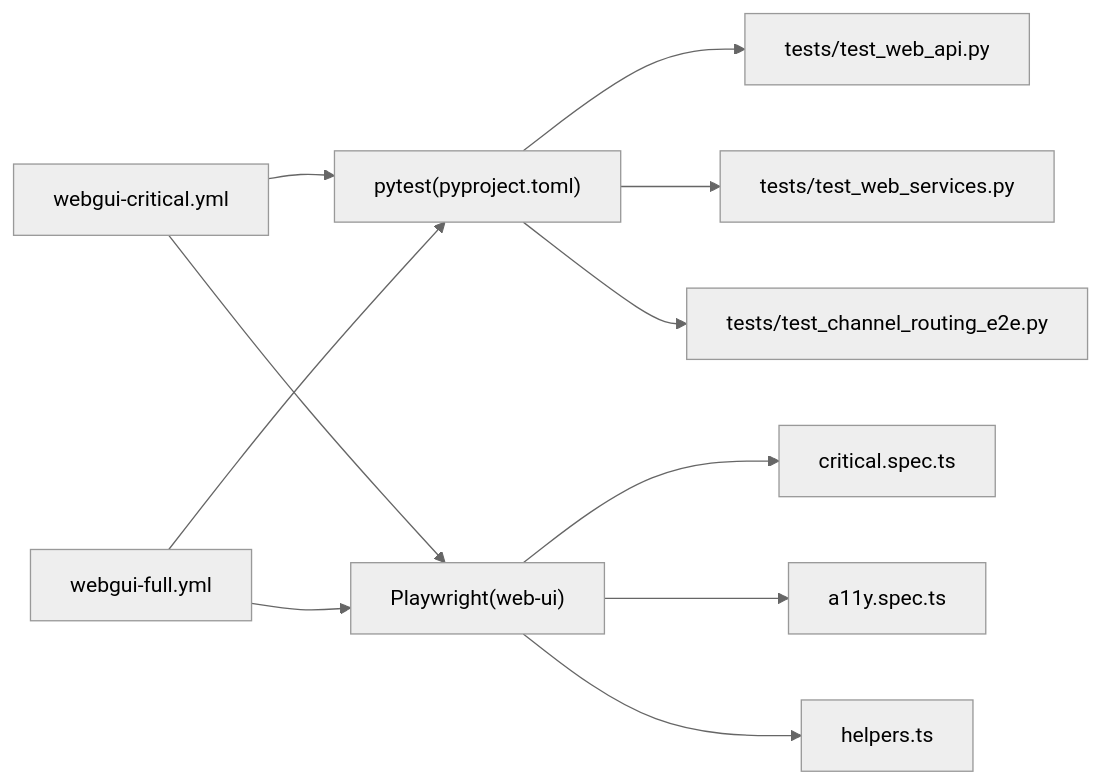
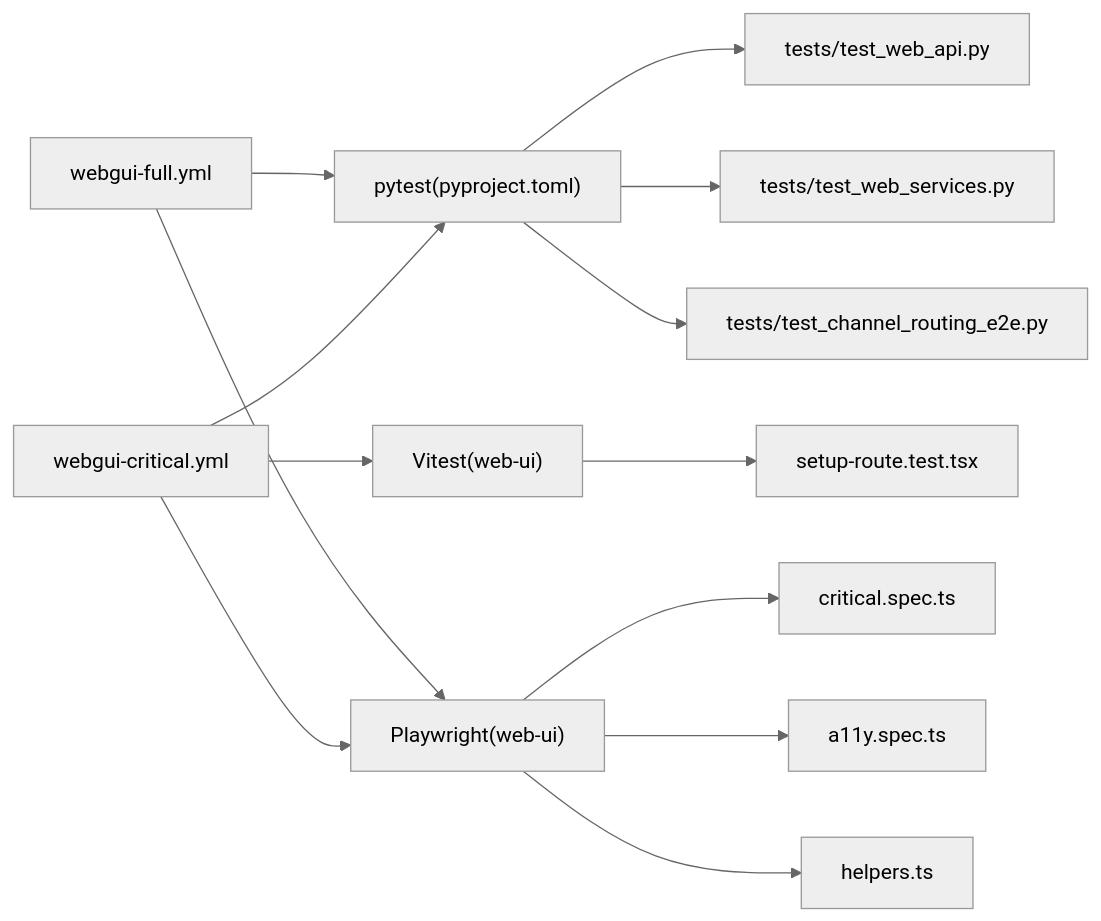
One commit to 757607106/nanobot changed the seventh of 7 diagrams in .qoder/repowiki/zh/content/开发指南/测试策略.md. Above: the diagram before and after it, drawn with Mermaid (neutral theme). The commit also changed other lines of this file and 60 other files, not shown here.

````diff
--- a/.qoder/repowiki/zh/content/开发指南/测试策略.md
+++ b/.qoder/repowiki/zh/content/开发指南/测试策略.md
@@ -288,13 +347,15 @@
 ```mermaid
 graph LR
 PY["pytest(pyproject.toml)"] --> T1["tests/test_web_api.py"]
 PY --> T2["tests/test_web_services.py"]
 PY --> T3["tests/test_channel_routing_e2e.py"]
+VT["Vitest(web-ui)"] --> ST["setup-route.test.tsx"]
 PW["Playwright(web-ui)"] --> FE1["critical.spec.ts"]
 PW --> FE2["a11y.spec.ts"]
 PW --> FE3["helpers.ts"]
 W1["webgui-critical.yml"] --> PY
 W1 --> PW
+W1 --> VT
 W2["webgui-full.yml"] --> PY
 W2 --> PW
 ```
````
